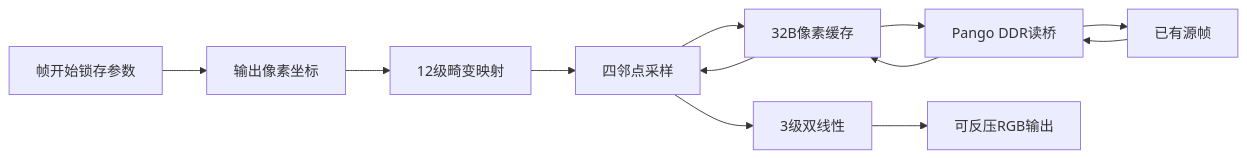
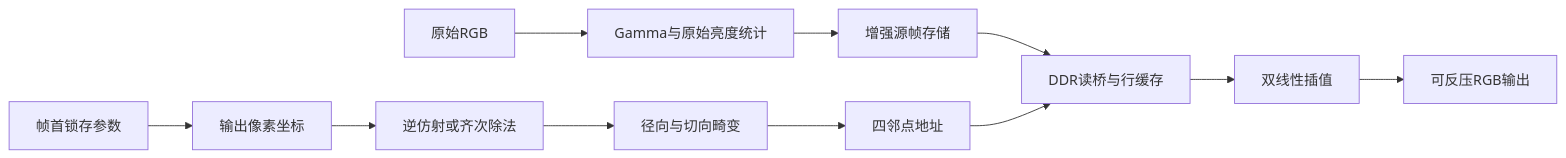
One commit to wxyd-l/mes50hp-distortion-correction changed the diagram in distortion_fpga/README.md. Above: the diagram before and after it, drawn with Mermaid. The commit also changed other lines of this file and 40 other files, not shown here.

````diff
--- a/distortion_fpga/README.md
+++ b/distortion_fpga/README.md
@@ -32,14 +42,13 @@
 ```mermaid
 flowchart LR
-    A[帧开始锁存参数] --> B[输出像素坐标]
-    B --> C[12级畸变映射]
-    C --> D[四邻点采样]
-    D --> E[32B像素缓存]
-    E --> F[Pango DDR读桥]
-    F --> G[已有源帧]
-    G --> F
-    F --> E
-    E --> D
-    D --> H[3级双线性]
-    H --> I[可反压RGB输出]
+    A[原始RGB] --> B[Gamma与原始亮度统计]
+    B --> C[增强源帧存储]
+    D[帧首锁存参数] --> E[输出像素坐标]
+    E --> F[逆仿射或齐次除法]
+    F --> G[径向与切向畸变]
+    G --> H[四邻点地址]
+    C --> I[DDR读桥与行缓存]
+    H --> I
+    I --> J[双线性插值]
+    J --> K[可反压RGB输出]
 ```
````
